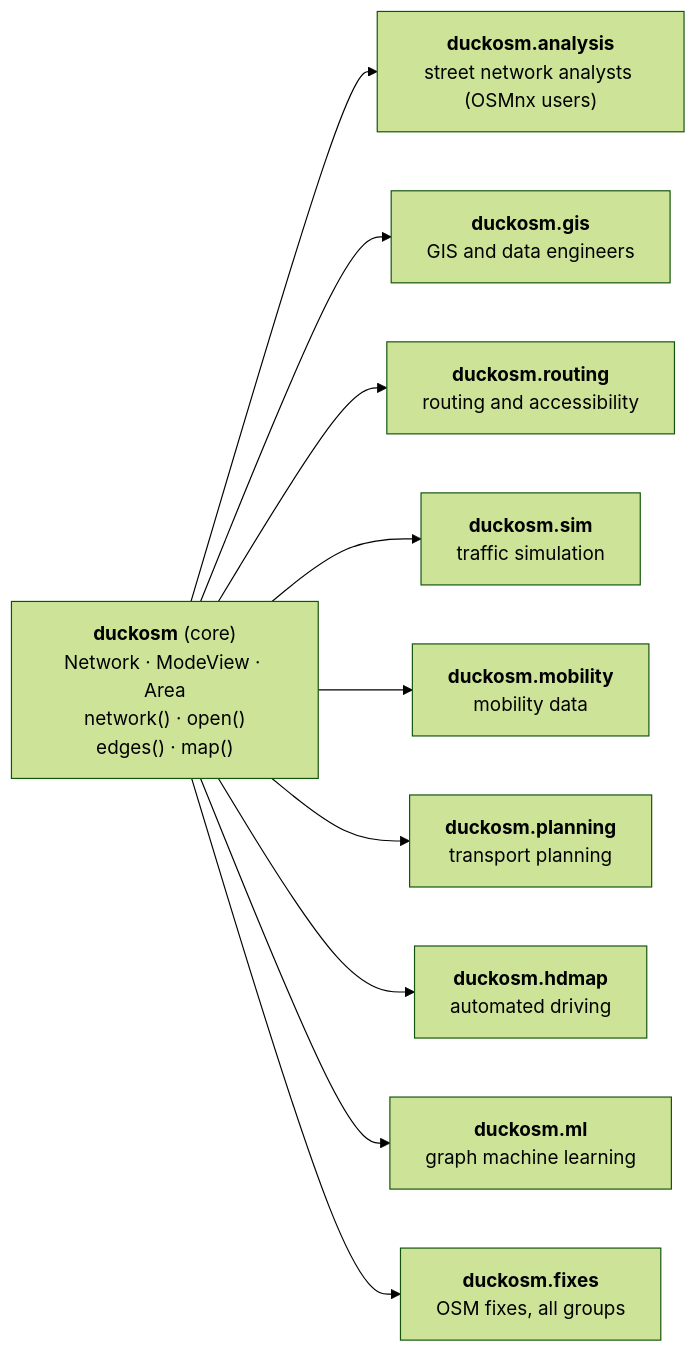
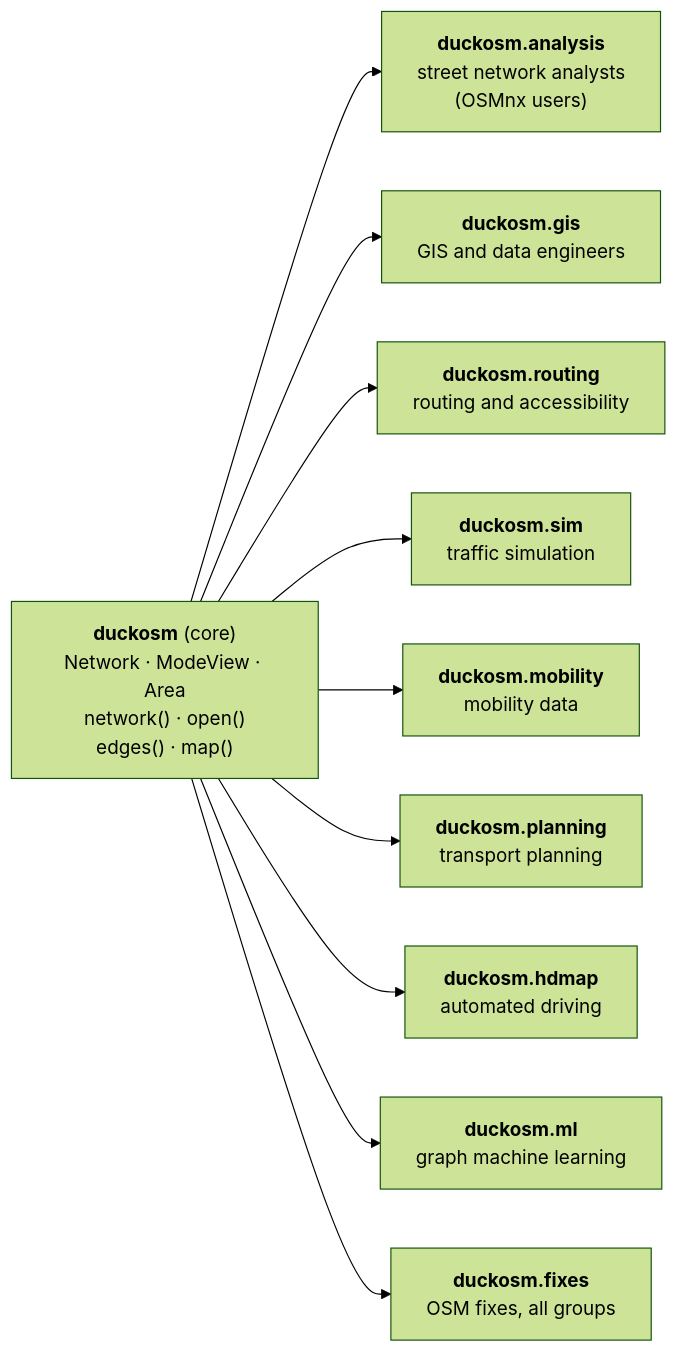
The diagram in docs/reference/python-modules.md (Khoshkhah/duckOSM), drawn with Mermaid (forest theme) before and after one commit. The commit also changed 3 other files, not shown here.

First line of the commit message:
Docs: the diagram labels fit their boxes and show <area>

````diff
--- a/docs/reference/python-modules.md
+++ b/docs/reference/python-modules.md
@@ -7,13 +7,13 @@
 ```mermaid
 flowchart LR
     core["<b>duckosm</b> (core)<br/>Network · ModeView · Area<br/>network() · open()<br/>edges() · map()"]
-    core --> analysis["<b>duckosm.analysis</b><br/>street network analysts (OSMnx users)"]
+    core --> analysis["<b>duckosm.analysis</b><br/>street network analysts<br/>(OSMnx users)"]
     core --> gis["<b>duckosm.gis</b><br/>GIS and data engineers"]
     core --> routing["<b>duckosm.routing</b><br/>routing and accessibility"]
     core --> sim["<b>duckosm.sim</b><br/>traffic simulation"]
     core --> mobility["<b>duckosm.mobility</b><br/>mobility data"]
     core --> planning["<b>duckosm.planning</b><br/>transport planning"]
     core --> hdmap["<b>duckosm.hdmap</b><br/>automated driving"]
     core --> ml["<b>duckosm.ml</b><br/>graph machine learning"]
     core --> fixes["<b>duckosm.fixes</b><br/>OSM fixes, all groups"]
 ```
````
